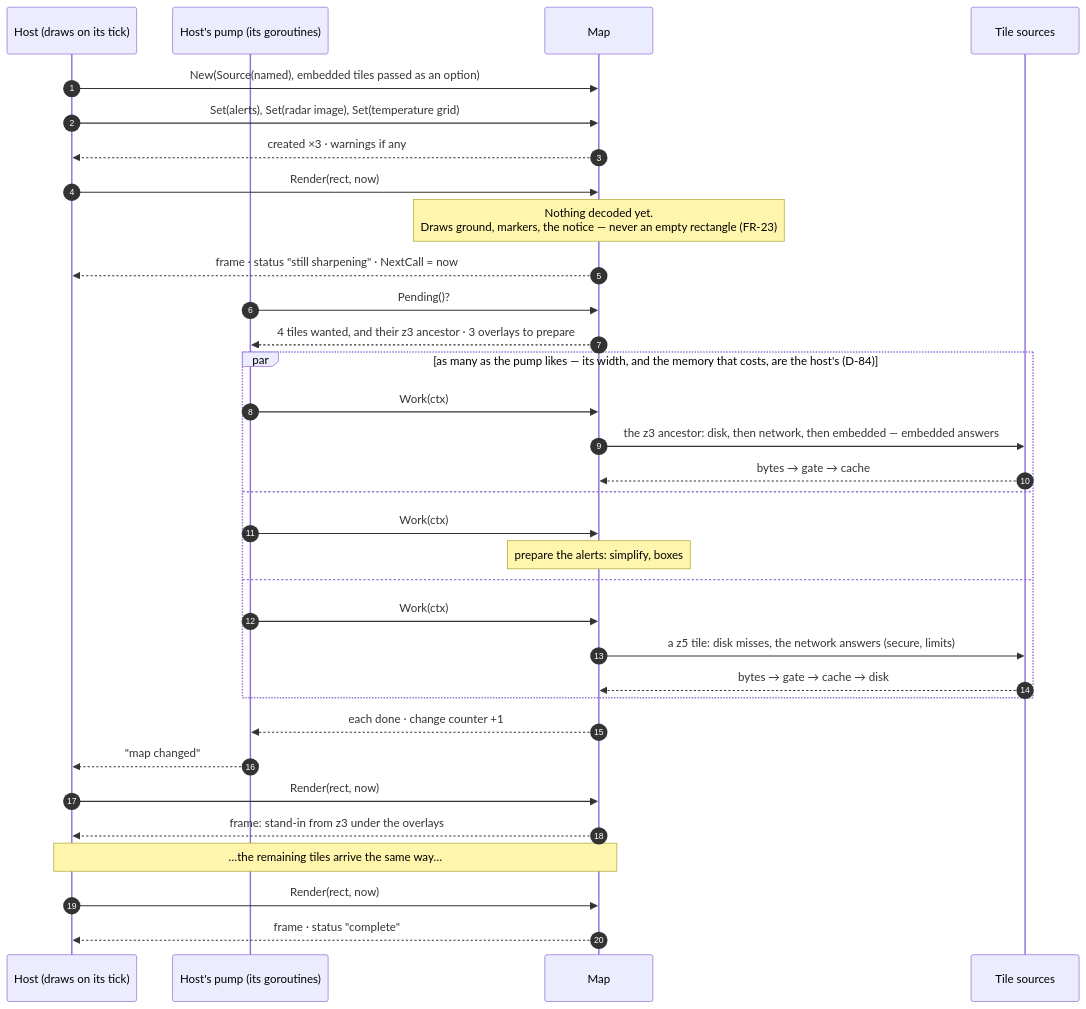
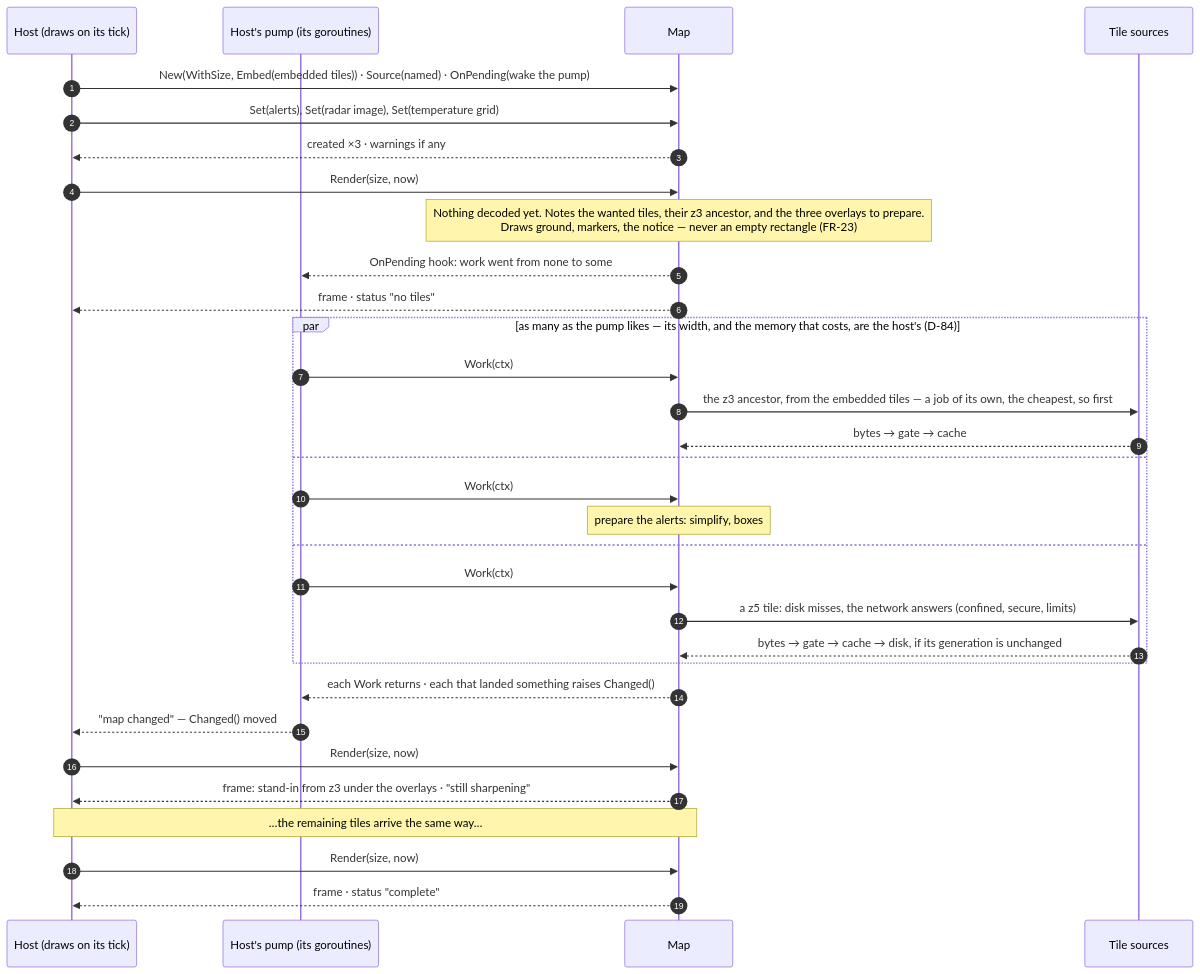
The first of 4 diagrams in 06_docs/02_features/go-tuimaps/03-architecture-design/L3-sequences.md (branden-thompson/go-tuimaps), drawn with Mermaid before and after one commit. The commit also changed other lines of this file and 544 other files, not shown here.

````diff
--- a/06_docs/02_features/go-tuimaps/03-architecture-design/L3-sequences.md
+++ b/06_docs/02_features/go-tuimaps/03-architecture-design/L3-sequences.md
@@ -9,35 +11,34 @@
 ```mermaid
 sequenceDiagram
     autonumber
     participant H as Host (draws on its tick)
     participant P as Host's pump (its goroutines)
     participant M as Map
     participant T as Tile sources
-    H->>M: New(Source(named), embedded tiles passed as an option)
+    H->>M: New(WithSize, Embed(embedded tiles)) · Source(named) · OnPending(wake the pump)
     H->>M: Set(alerts), Set(radar image), Set(temperature grid)
     M-->>H: created ×3 · warnings if any
-    H->>M: Render(rect, now)
-    Note over M: Nothing decoded yet.<br/>Draws ground, markers, the notice — never an empty rectangle (FR-23)
-    M-->>H: frame · status "still sharpening" · NextCall = now
-    P->>M: Pending()?
-    M-->>P: 4 tiles wanted, and their z3 ancestor · 3 overlays to prepare
+    H->>M: Render(size, now)
+    Note over M: Nothing decoded yet. Notes the wanted tiles, their z3 ancestor, and the three overlays to prepare.<br/>Draws ground, markers, the notice — never an empty rectangle (FR-23)
+    M-->>P: OnPending hook: work went from none to some
+    M-->>H: frame · status "no tiles"
     par as many as the pump likes — its width, and the memory that costs, are the host's (D-84)
         P->>M: Work(ctx)
-        M->>T: the z3 ancestor: disk, then network, then embedded — embedded answers
+        M->>T: the z3 ancestor, from the embedded tiles — a job of its own, the cheapest, so first
         T-->>M: bytes → gate → cache
     and
         P->>M: Work(ctx)
         Note over M: prepare the alerts: simplify, boxes
     and
         P->>M: Work(ctx)
-        M->>T: a z5 tile: disk misses, the network answers (secure, limits)
-        T-->>M: bytes → gate → cache → disk
+        M->>T: a z5 tile: disk misses, the network answers (confined, secure, limits)
+        T-->>M: bytes → gate → cache → disk, if its generation is unchanged
     end
-    M-->>P: each done · change counter +1
-    P-->>H: "map changed"
-    H->>M: Render(rect, now)
-    M-->>H: frame: stand-in from z3 under the overlays
+    M-->>P: each Work returns · each that landed something raises Changed()
+    P-->>H: "map changed" — Changed() moved
+    H->>M: Render(size, now)
+    M-->>H: frame: stand-in from z3 under the overlays · "still sharpening"
     Note over H,M: …the remaining tiles arrive the same way…
-    H->>M: Render(rect, now)
+    H->>M: Render(size, now)
     M-->>H: frame · status "complete"
 ```
````
